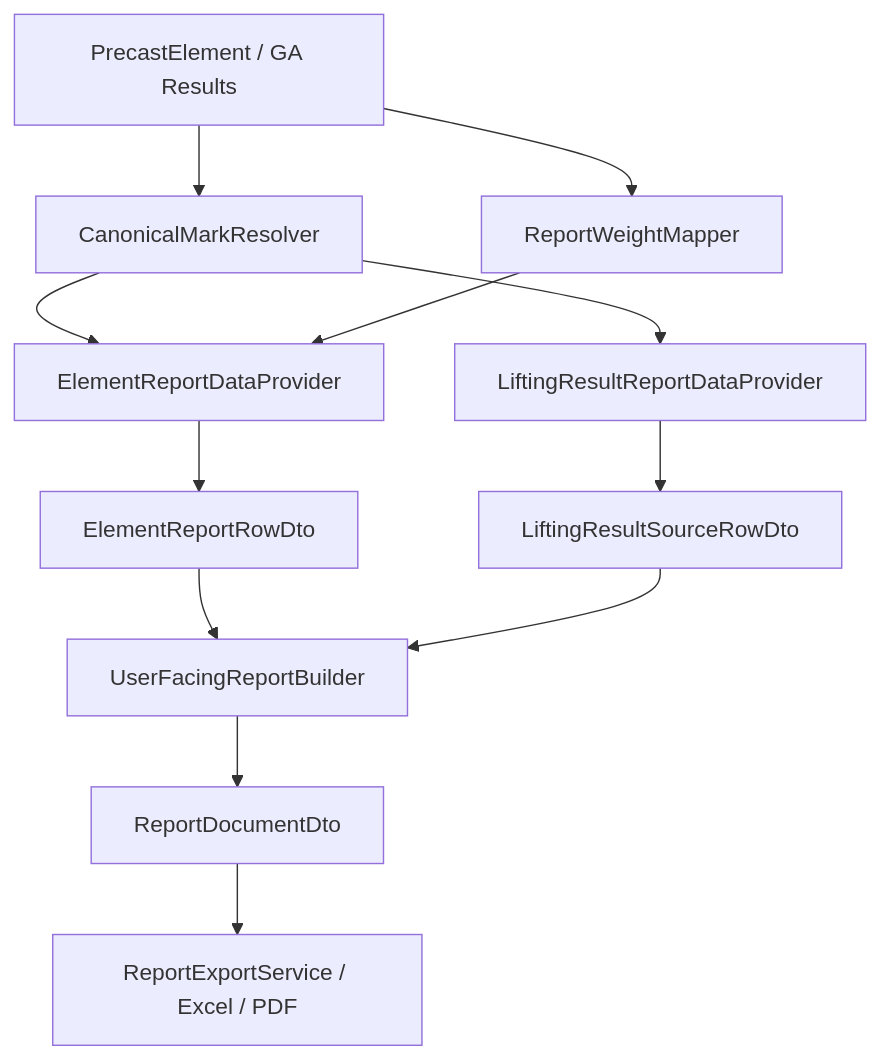
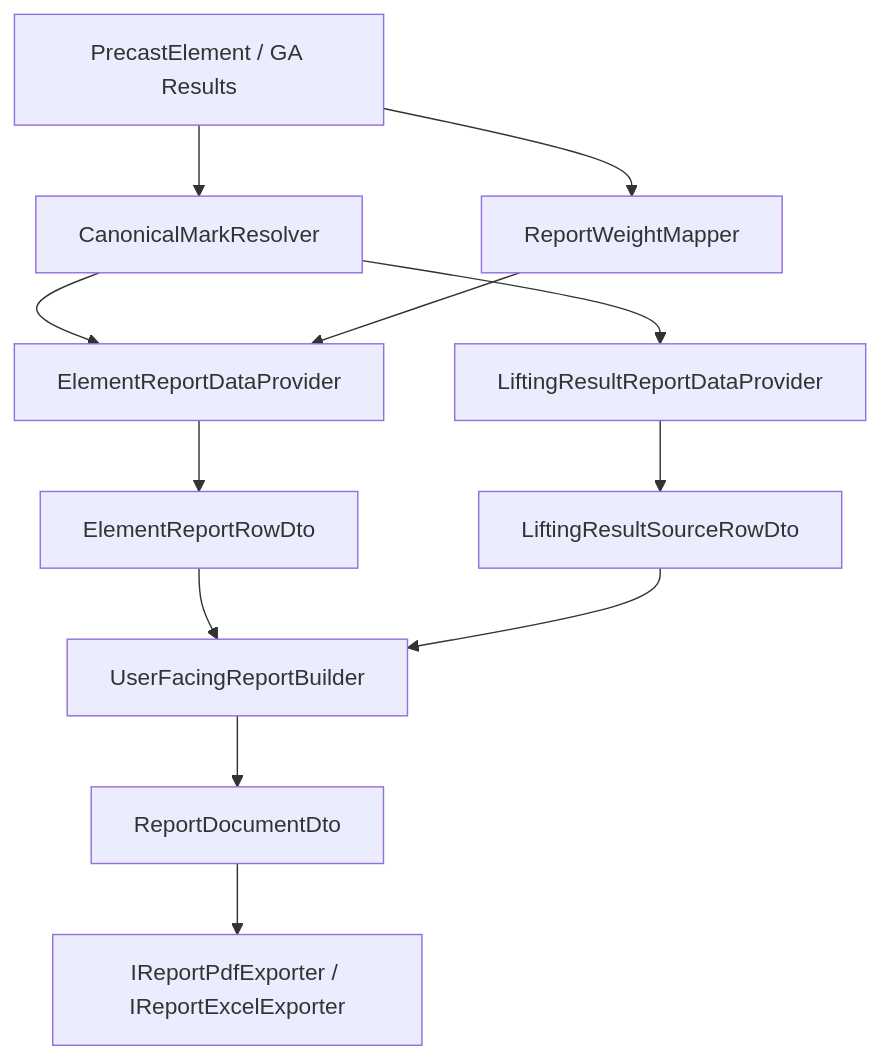
Before and after one commit to ITI-intake46/CranePathOptimizer: the third of 7 diagrams in docs/agent/start-here.md, drawn with Mermaid. The commit also changed other lines of this file and 12 other files, not shown here.

First line of the commit message:
refactor(reports): classify legacy headless reporting and consolidate architecture

````diff
--- a/docs/agent/start-here.md
+++ b/docs/agent/start-here.md
@@ -228,22 +228,22 @@
 ```mermaid
 graph TD
     %% Source Data
     Domain[PrecastElement / GA Results] --> Resolver[CanonicalMarkResolver]
     Domain --> WeightMapper[ReportWeightMapper]
     
     %% Application Layer Providers
     Resolver --> Provider1[ElementReportDataProvider]
     WeightMapper --> Provider1
     Provider1 --> DTO1[ElementReportRowDto]
     
     Resolver --> Provider2[LiftingResultReportDataProvider]
     Provider2 --> DTO2[LiftingResultSourceRowDto]
     
     %% Report Builder
     DTO1 --> Builder[UserFacingReportBuilder]
     DTO2 --> Builder
     Builder --> Doc[ReportDocumentDto]
     
     %% Export Layer
-    Doc --> Export[ReportExportService / Excel / PDF]
+    Doc --> Export[IReportPdfExporter / IReportExcelExporter]
 ```
````
